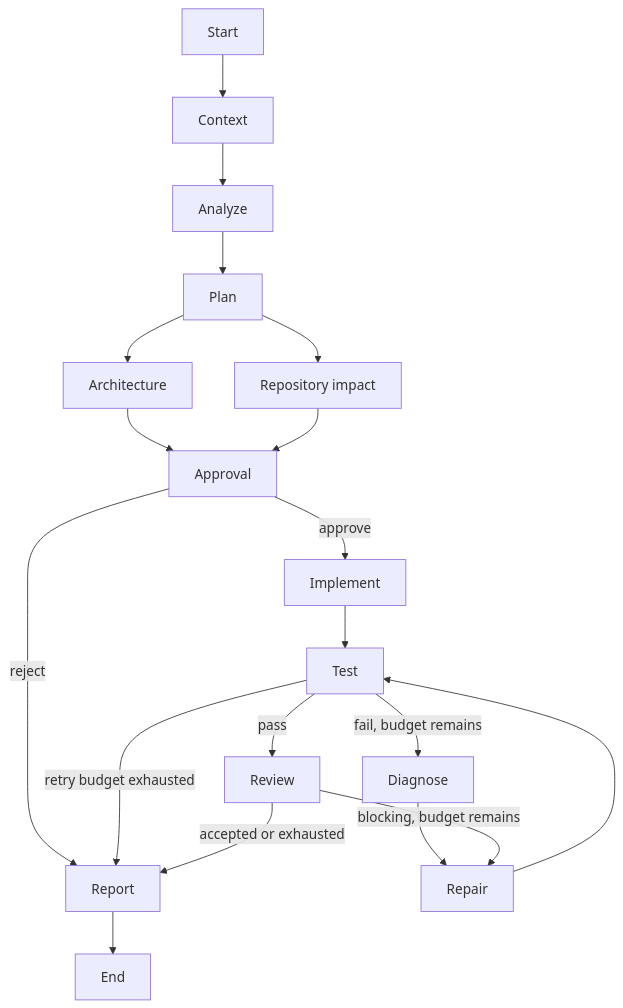
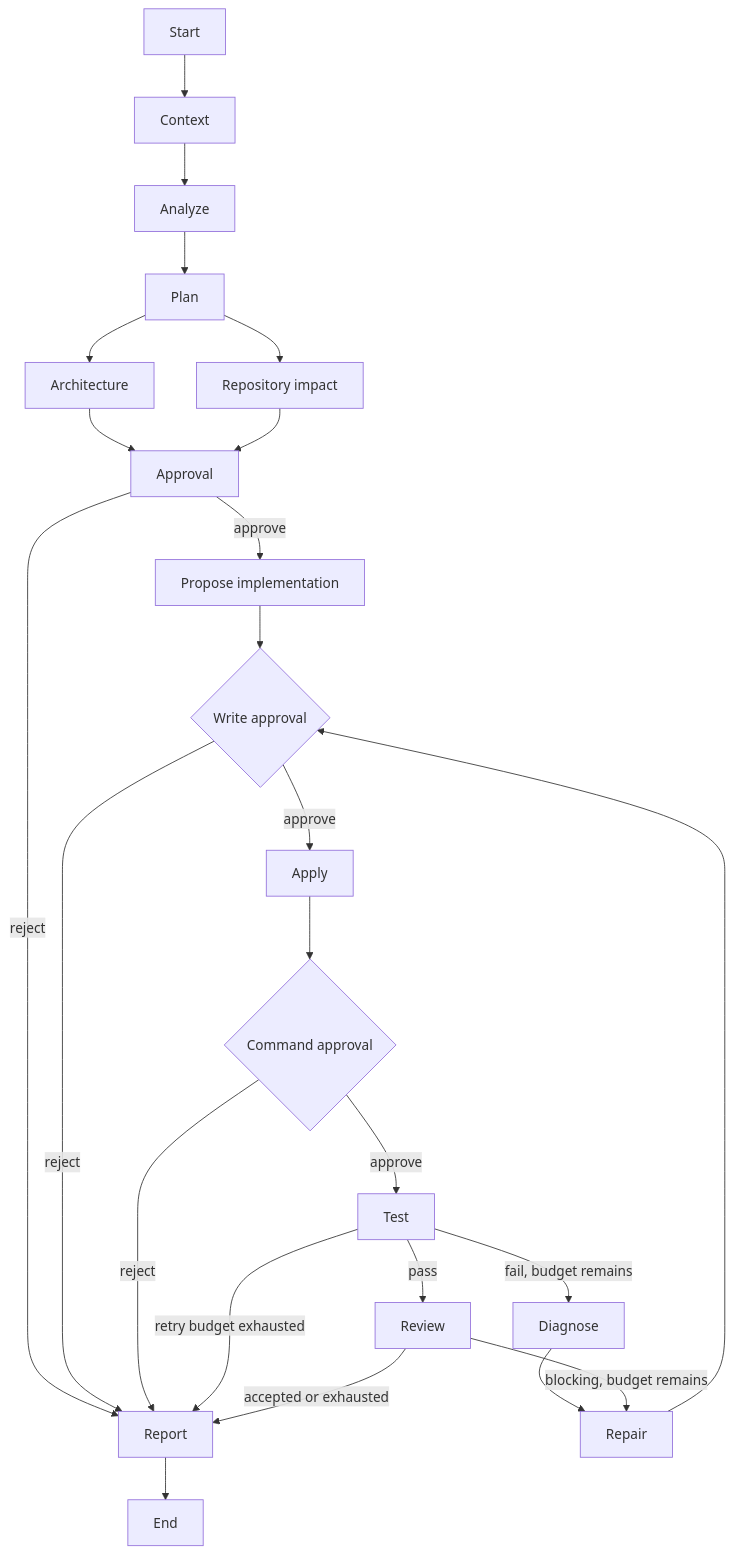
Before and after one commit to chasesaurabh/taskpilot-ai: the first of 2 diagrams in README.md, drawn with Mermaid. The commit also changed other lines of this file and 46 other files, not shown here.

Commit message:
feat: complete governed execution roadmap

````diff
--- a/README.md
+++ b/README.md
@@ -83,15 +83,19 @@
 ```mermaid
 flowchart TD
     Start --> Context --> Analyze --> Plan
     Plan --> Architecture
     Plan --> Impact[Repository impact]
     Architecture --> Approval
     Impact --> Approval
-    Approval -->|approve| Implement --> Test
+    Approval -->|approve| Implement[Propose implementation] --> WriteGate{Write approval}
     Approval -->|reject| Report
+    WriteGate -->|approve| Apply --> CommandGate{Command approval}
+    WriteGate -->|reject| Report
+    CommandGate -->|approve| Test
+    CommandGate -->|reject| Report
     Test -->|pass| Review
-    Test -->|fail, budget remains| Diagnose --> Repair --> Test
+    Test -->|fail, budget remains| Diagnose --> Repair --> WriteGate
     Test -->|retry budget exhausted| Report
     Review -->|blocking, budget remains| Repair
     Review -->|accepted or exhausted| Report --> End
 ```
````
